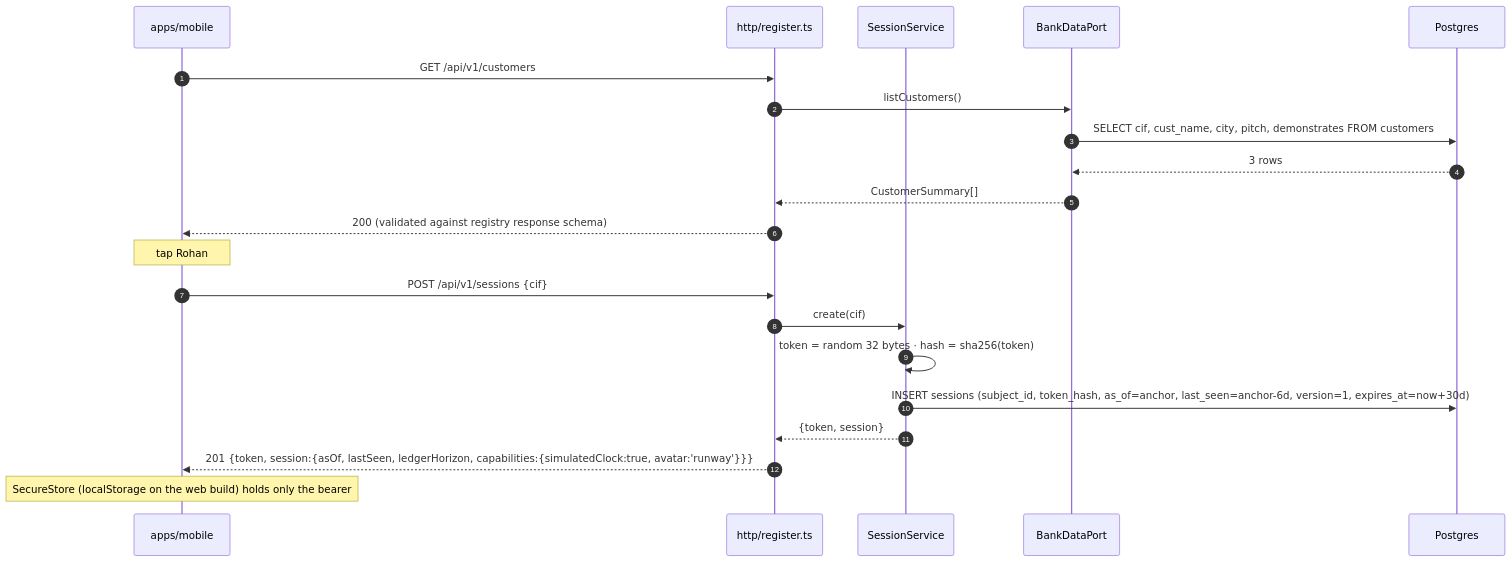
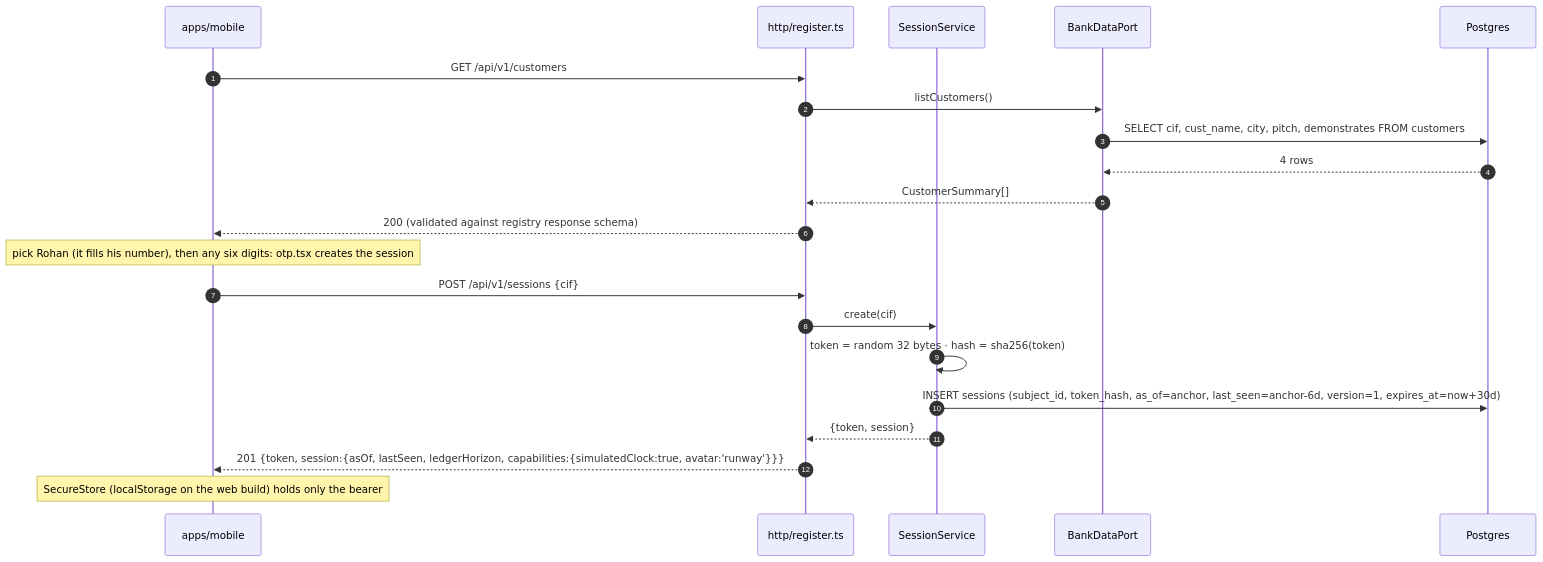
One commit to dhan-sarthi/dhan-sarthi changed the first of 6 diagrams in docs/architecture/lifecycles.md. Above: the diagram before and after it, drawn with Mermaid. The commit also changed other lines of this file and 26 other files, not shown here.

````diff
--- a/docs/architecture/lifecycles.md
+++ b/docs/architecture/lifecycles.md
@@ -30,23 +37,23 @@
 ```mermaid
 sequenceDiagram
     autonumber
     participant B as apps/mobile
     participant H as http/register.ts
     participant S as SessionService
     participant BD as BankDataPort
     participant DB as Postgres
     B->>H: GET /api/v1/customers
     H->>BD: listCustomers()
     BD->>DB: SELECT cif, cust_name, city, pitch, demonstrates FROM customers
-    DB-->>BD: 3 rows
+    DB-->>BD: 4 rows
     BD-->>H: CustomerSummary[]
     H-->>B: 200 (validated against registry response schema)
-    Note over B: tap Rohan
+    Note over B: pick Rohan (it fills his number), then any six digits: otp.tsx creates the session
     B->>H: POST /api/v1/sessions {cif}
     H->>S: create(cif)
     S->>S: token = random 32 bytes · hash = sha256(token)
     S->>DB: INSERT sessions (subject_id, token_hash, as_of=anchor, last_seen=anchor-6d, version=1, expires_at=now+30d)
     S-->>H: {token, session}
     H-->>B: 201 {token, session:{asOf, lastSeen, ledgerHorizon, capabilities:{simulatedClock:true, avatar:'runway'}}}
     Note over B: SecureStore (localStorage on the web build) holds only the bearer
 ```
````
